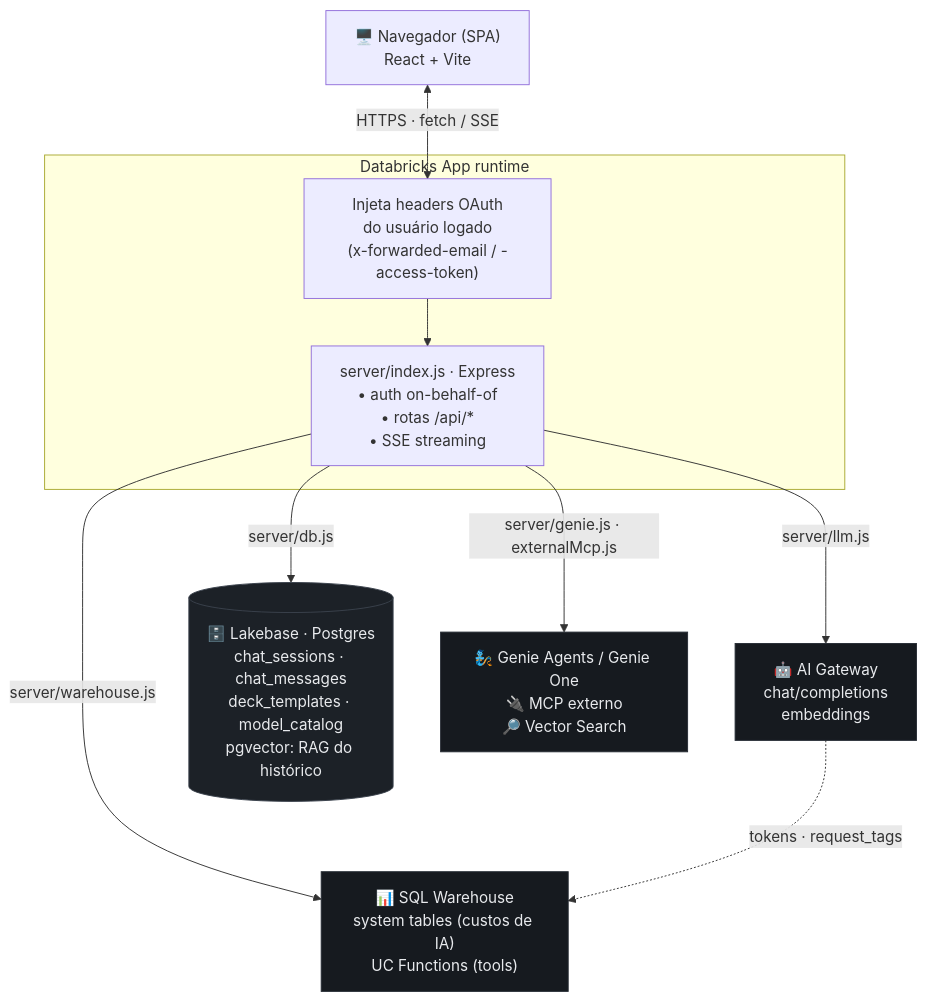
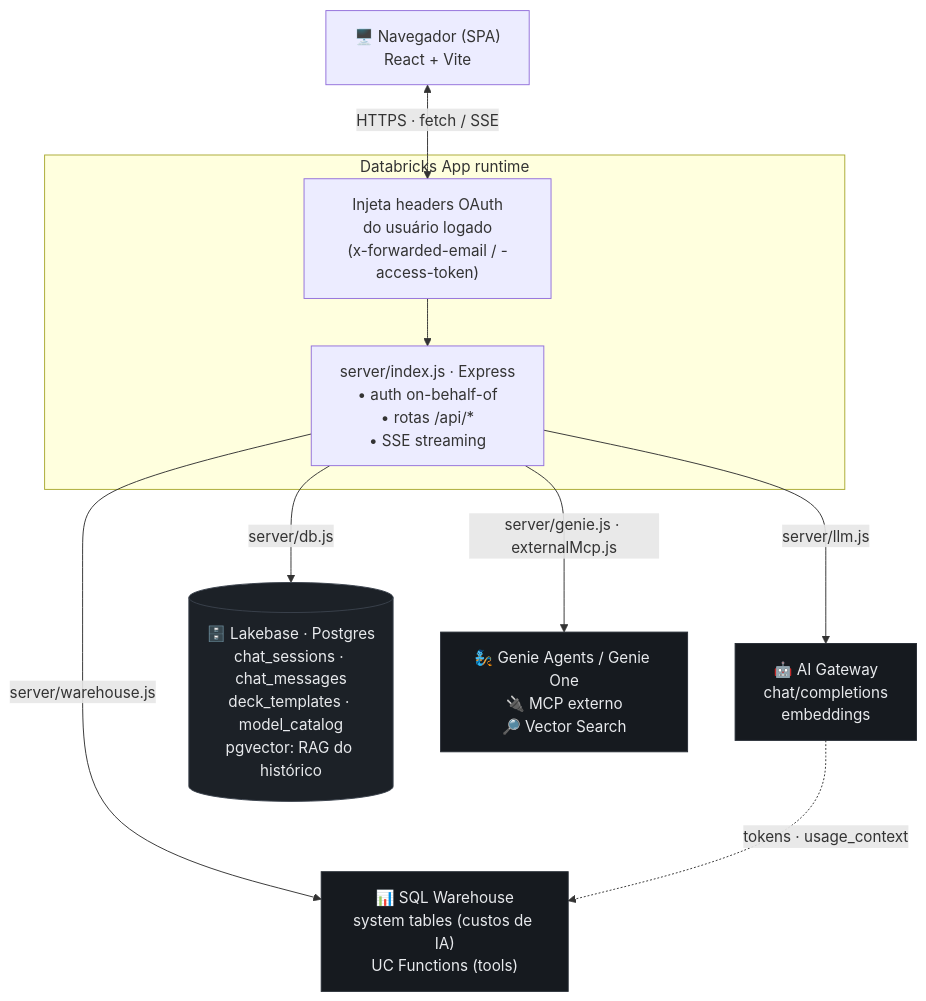
One commit to gilsonreisf/ai-prism changed the diagram in README.md. Above: the diagram before and after it, drawn with Mermaid. The commit also changed 3 other files, not shown here.

````diff
--- a/README.md
+++ b/README.md
@@ -29,24 +29,24 @@
 ```mermaid
 flowchart TB
     SPA["🖥️ Navegador (SPA)<br/>React + Vite"]
 
     subgraph runtime["Databricks App runtime"]
         APP["Injeta headers OAuth<br/>do usuário logado<br/>(x-forwarded-email / -access-token)"]
         SRV["server/index.js · Express<br/>• auth on-behalf-of<br/>• rotas /api/*<br/>• SSE streaming"]
         APP --> SRV
     end
 
     SPA <-->|"HTTPS · fetch / SSE"| APP
 
     SRV -->|"server/llm.js"| GW["🤖 AI Gateway<br/>chat/completions<br/>embeddings"]
     SRV -->|"server/db.js"| LB[("🗄️ Lakebase · Postgres<br/>chat_sessions · chat_messages<br/>deck_templates · model_catalog<br/>pgvector: RAG do histórico")]
     SRV -->|"server/warehouse.js"| WH["📊 SQL Warehouse<br/>system tables (custos de IA)<br/>UC Functions (tools)"]
     SRV -->|"server/genie.js · externalMcp.js"| EXT["🧞 Genie Agents / Genie One<br/>🔌 MCP externo<br/>🔎 Vector Search"]
 
-    GW -.->|"tokens · request_tags"| WH
+    GW -.->|"tokens · usage_context"| WH
 
     classDef store fill:#1c2127,stroke:#3A424C,color:#e8eaed;
     classDef svc fill:#161a1f,stroke:#272d35,color:#e8eaed;
     class GW,WH,EXT svc;
     class LB store;
 ```
````
